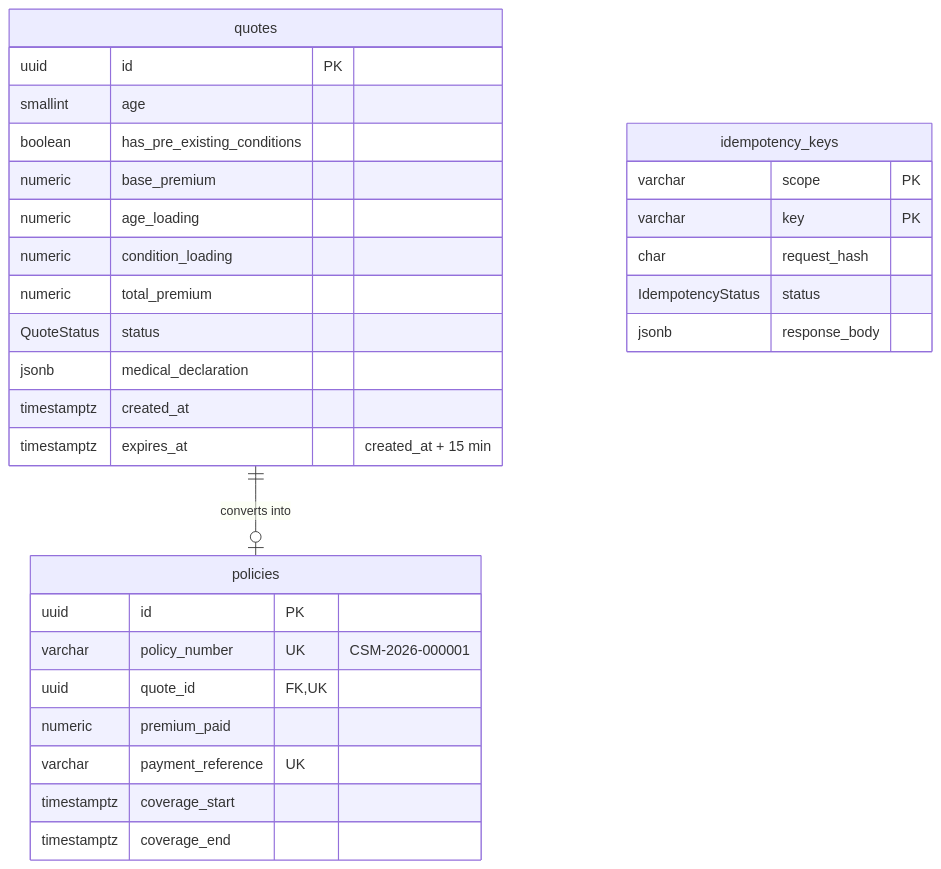
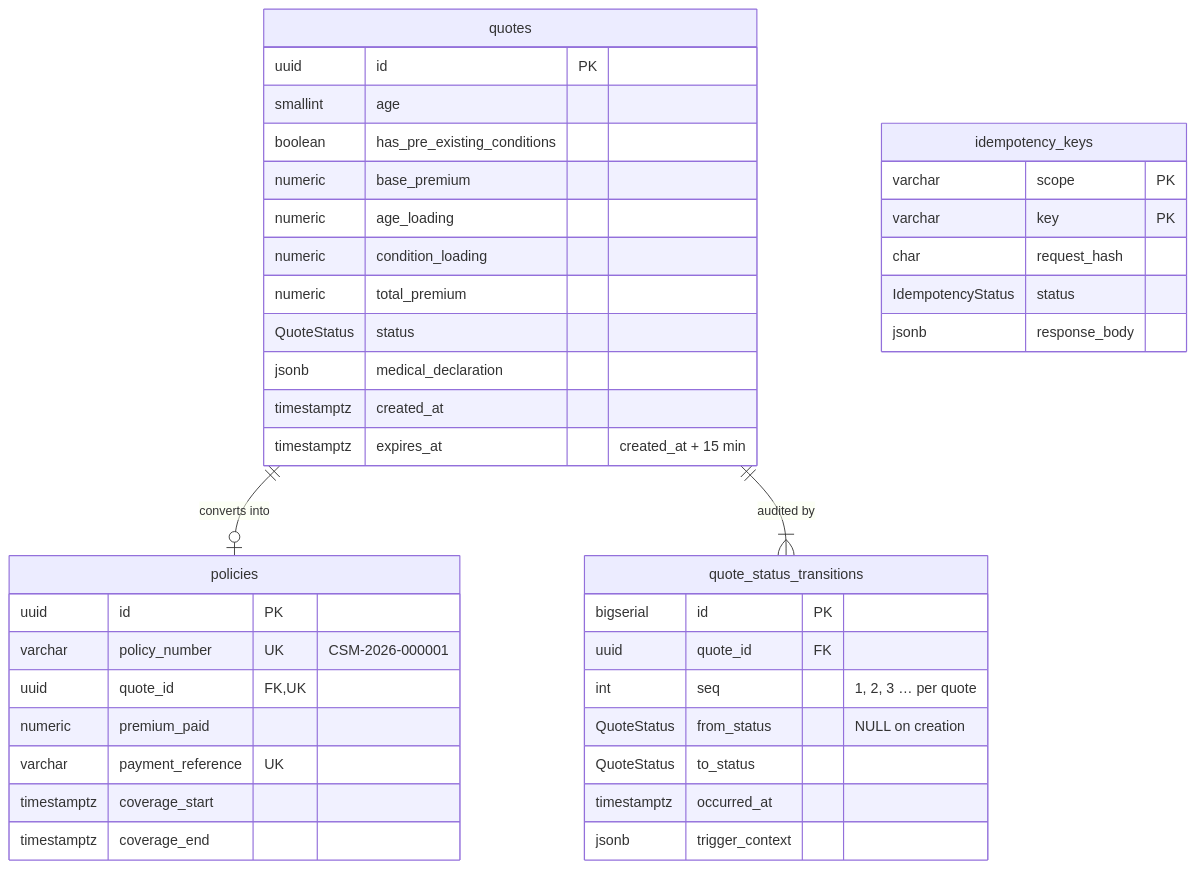
The diagram in apps/api/README.md (rishabhkashyap01/careshield-d2c), drawn with Mermaid before and after one commit. The commit also changed other lines of this file and 26 other files, not shown here.

````diff
--- a/apps/api/README.md
+++ b/apps/api/README.md
@@ -36,33 +36,43 @@
 ```mermaid
 erDiagram
     quotes ||--o| policies : "converts into"
+    quotes ||--|{ quote_status_transitions : "audited by"
     quotes {
         uuid id PK
         smallint age
         boolean has_pre_existing_conditions
         numeric base_premium
         numeric age_loading
         numeric condition_loading
         numeric total_premium
         QuoteStatus status
         jsonb medical_declaration
         timestamptz created_at
         timestamptz expires_at "created_at + 15 min"
     }
     policies {
         uuid id PK
         varchar policy_number UK "CSM-2026-000001"
         uuid quote_id FK,UK
         numeric premium_paid
         varchar payment_reference UK
         timestamptz coverage_start
         timestamptz coverage_end
     }
+    quote_status_transitions {
+        bigserial id PK
+        uuid quote_id FK
+        int seq "1, 2, 3 … per quote"
+        QuoteStatus from_status "NULL on creation"
+        QuoteStatus to_status
+        timestamptz occurred_at
+        jsonb trigger_context
+    }
     idempotency_keys {
         varchar scope PK
         varchar key PK
         char request_hash
         IdempotencyStatus status
         jsonb response_body
     }
 ```
````
